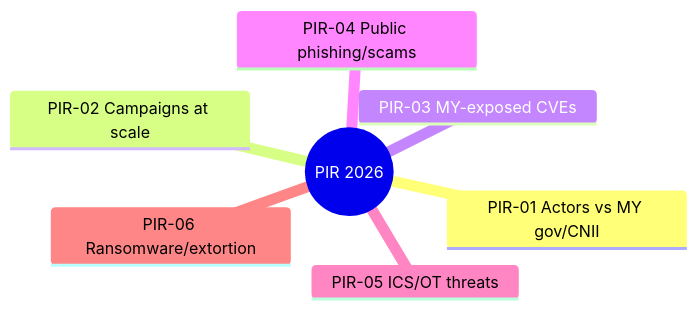
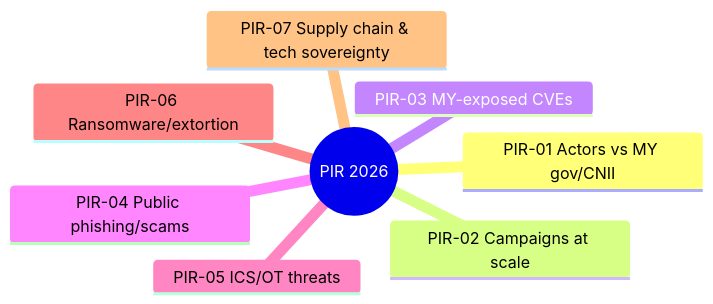
One commit to rectifyq/site changed the diagram in content/intel-program/pir.md. Above: the diagram before and after it, drawn with Mermaid. The commit also changed other lines of this file and 3 other files, not shown here.

````diff
--- a/content/intel-program/pir.md
+++ b/content/intel-program/pir.md
@@ -21,10 +22,11 @@
 ```mermaid
 mindmap
   root((PIR 2026))
     PIR-01 Actors vs MY gov/CNII
     PIR-02 Campaigns at scale
     PIR-03 MY-exposed CVEs
     PIR-04 Public phishing/scams
     PIR-05 ICS/OT threats
     PIR-06 Ransomware/extortion
+    PIR-07 Supply chain & tech sovereignty
 ```
````
